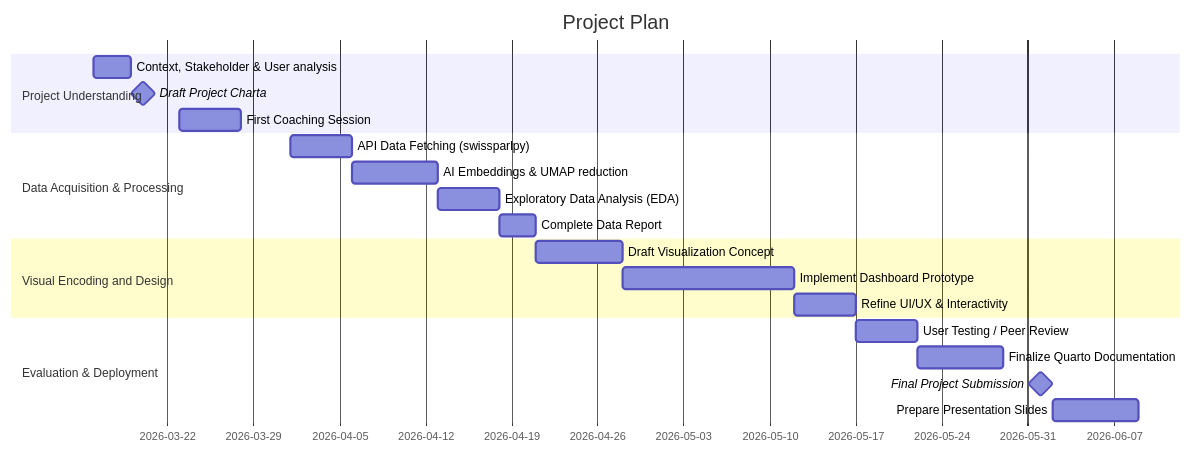
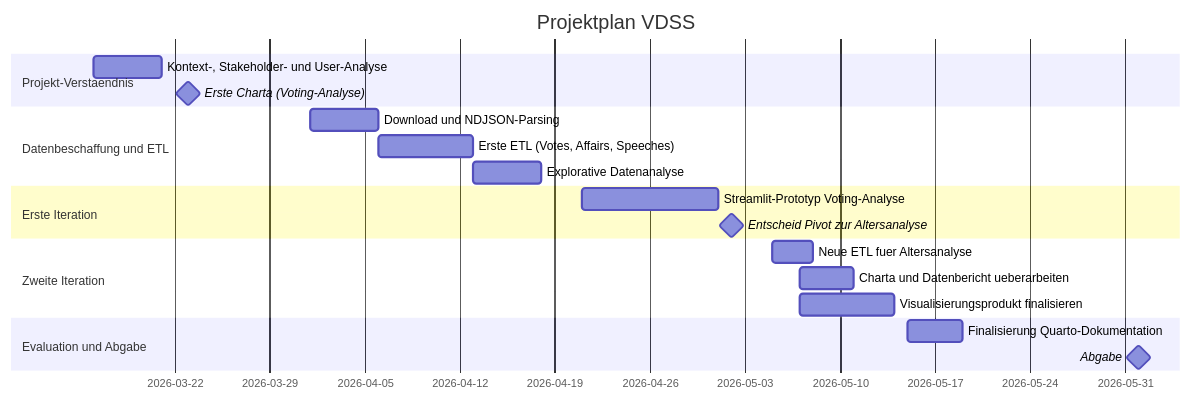
The diagram in docs/project_charta.qmd (vdss-fs26-ds24t/ds24t-4-vdss-project), drawn with Mermaid before and after one commit. The commit also changed other lines of this file and 49 other files, not shown here.

````diff
--- a/docs/project_charta.qmd
+++ b/docs/project_charta.qmd
@@ -121,30 +136,30 @@
 ```{mermaid}
 %%| label: fig-project-plan
-%%| fig-cap: Preliminary project plan.
+%%| fig-cap: Tatsächlicher Projektverlauf inklusive Pivot.
 gantt
-    title Project Plan
+    title Projektplan VDSS
     dateFormat YYYY-MM-DD
     tickInterval 1week
-    
-    section Project Understanding
-        Context, Stakeholder & User analysis :a1, 2026-03-16, 3d
-        Draft Project Charta :milestone, m1, 2026-03-20, 0d
-        First Coaching Session :a2, 2026-03-23, 5d
-    
-    section Data Acquisition & Processing
-        API Data Fetching (swissparlpy) :a3, 2026-04-01, 5d
-        AI Embeddings & UMAP reduction :a4, 2026-04-06, 7d
-        Exploratory Data Analysis (EDA) :a5, 2026-04-13, 5d
-        Complete Data Report :a6, 2026-04-18, 3d
-        
-    section Visual Encoding and Design
-        Draft Visualization Concept :a7, 2026-04-21, 7d
-        Implement Dashboard Prototype :a8, 2026-04-28, 14d
-        Refine UI/UX & Interactivity :a9, 2026-05-12, 5d
-        
-    section Evaluation & Deployment
-        User Testing / Peer Review :a10, 2026-05-17, 5d
-        Finalize Quarto Documentation :a11, 2026-05-22, 7d
-        Final Project Submission :milestone, m2, 2026-06-01, 0d
-        Prepare Presentation Slides :a12, 2026-06-02, 7d
+
+    section Projekt-Verstaendnis
+        Kontext-, Stakeholder- und User-Analyse :a1, 2026-03-16, 5d
+        Erste Charta (Voting-Analyse)           :milestone, m1, 2026-03-23, 0d
+
+    section Datenbeschaffung und ETL
+        Download und NDJSON-Parsing             :a3, 2026-04-01, 5d
+        Erste ETL (Votes, Affairs, Speeches)    :a4, 2026-04-06, 7d
+        Explorative Datenanalyse                :a5, 2026-04-13, 5d
+
+    section Erste Iteration
+        Streamlit-Prototyp Voting-Analyse       :a6, 2026-04-21, 10d
+        Entscheid Pivot zur Altersanalyse       :milestone, m2, 2026-05-02, 0d
+
+    section Zweite Iteration
+        Neue ETL fuer Altersanalyse             :a8, 2026-05-05, 3d
+        Charta und Datenbericht ueberarbeiten   :a9, 2026-05-07, 4d
+        Visualisierungsprodukt finalisieren     :a10, 2026-05-07, 7d
+
+    section Evaluation und Abgabe
+        Finalisierung Quarto-Dokumentation      :a12, 2026-05-15, 4d
+        Abgabe                                  :milestone, m3, 2026-06-01, 0d
 ```
````
